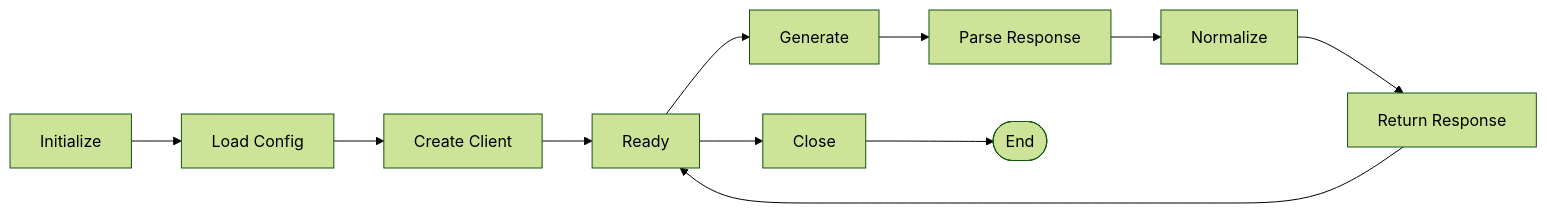
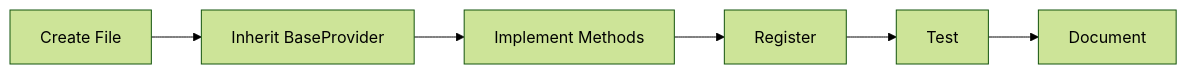
The fifth of 6 diagrams in docs/DEVELOPER_GUIDE.md (vjsingh1984/victor), drawn with Mermaid (forest theme) before and after one commit. The commit also changed other lines of this file and 6 other files, not shown here.

First line of the commit message:
docs: refresh documentation with tables, diagrams, and admonitions

````diff
--- a/docs/DEVELOPER_GUIDE.md
+++ b/docs/DEVELOPER_GUIDE.md
@@ -354,13 +156,8 @@
 ```mermaid
 flowchart LR
-    Init[Initialize] --> Config[Load Config]
-    Config --> Client[Create Client]
-    Client --> Ready[Ready]
-    Ready --> Generate[Generate]
-    Generate --> Parse[Parse Response]
-    Parse --> Normalize[Normalize]
-    Normalize --> Return[Return Response]
-    Return --> Ready
-    Ready --> Close[Close]
-    Close --> End([End])
+    A[Create File] --> B[Inherit BaseProvider]
+    B --> C[Implement Methods]
+    C --> D[Register]
+    D --> E[Test]
+    E --> F[Document]
 ```
````
